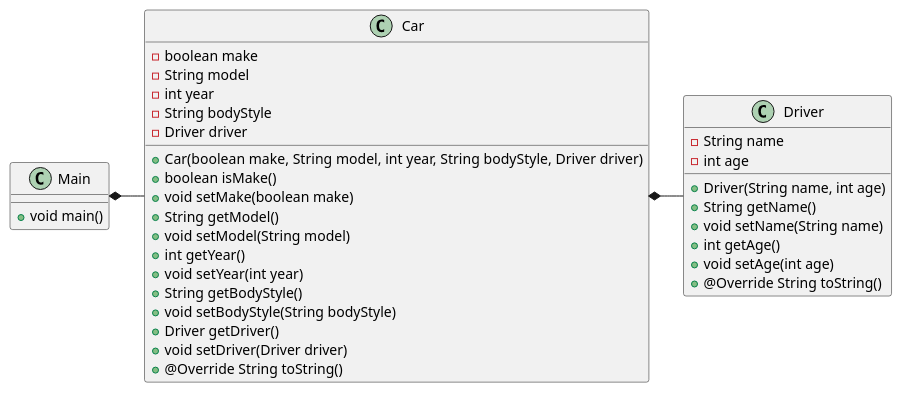
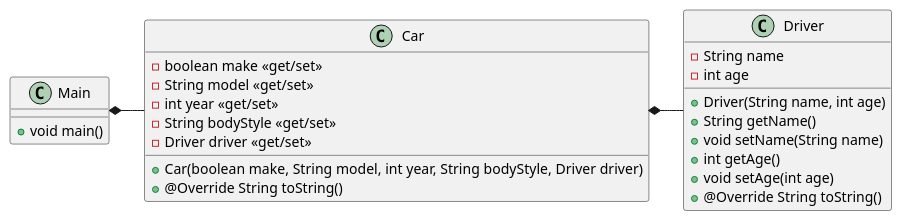
One commit to MagKon/Dat1-ugeopgave5 changed the diagram in OOP1/Documentation/CarsAndDrivers.puml. Above: the diagram before and after it, drawn with PlantUML. The commit also changed 1 other file, not shown here.

```diff
--- a/OOP1/Documentation/CarsAndDrivers.puml
+++ b/OOP1/Documentation/CarsAndDrivers.puml
@@ -1,43 +1,33 @@
 @startuml
 'https://plantuml.com/object-diagram
 
 class Main {
     +void main()
 }
 
 class Car {
-    -boolean make
-    -String model
-    -int year
-    -String bodyStyle
-    -Driver driver
+    -boolean make «get/set»
+    -String model «get/set»
+    -int year «get/set»
+    -String bodyStyle «get/set»
+    -Driver driver «get/set»
 
     +Car(boolean make, String model, int year, String bodyStyle, Driver driver)
-    +boolean isMake()
-    +void setMake(boolean make)
-    +String getModel()
-    +void setModel(String model)
-    +int getYear()
-    +void setYear(int year)
-    +String getBodyStyle()
-    +void setBodyStyle(String bodyStyle)
-    +Driver getDriver()
-    +void setDriver(Driver driver)
     +@Override String toString()
 }
 class Driver {
     -String name
     -int age
 
     +Driver(String name, int age)
     +String getName()
     +void setName(String name)
     +int getAge()
     +void setAge(int age)
     +@Override String toString()
 }
 
 Main *- Car
 Car *- Driver
 
 @enduml
```
